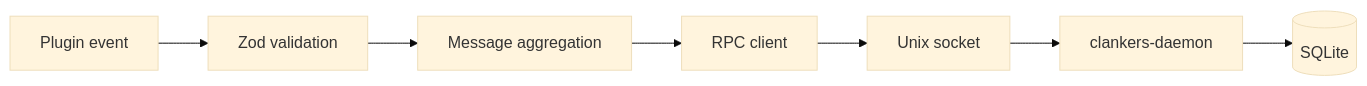
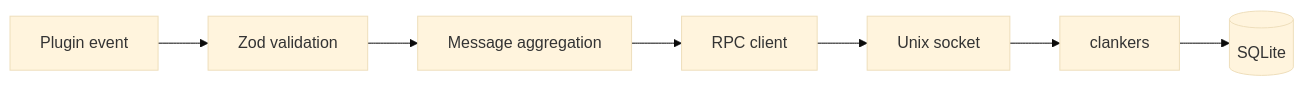
The diagram in lode/daemon/architecture.md (dxta-dev/clankers), drawn with Mermaid (base theme) before and after one commit. The commit also changed other lines of this file and 17 other files, not shown here.

````diff
--- a/lode/daemon/architecture.md
+++ b/lode/daemon/architecture.md
@@ -54,9 +54,9 @@
 ```mermaid
 flowchart LR
   Event[Plugin event] --> Validate[Zod validation]
   Validate --> Aggregate[Message aggregation]
   Aggregate --> Rpc[RPC client]
   Rpc --> Socket[Unix socket]
-  Socket --> Daemon[clankers-daemon]
+  Socket --> Daemon[clankers]
   Daemon --> Db[(SQLite)]
 ```
````
